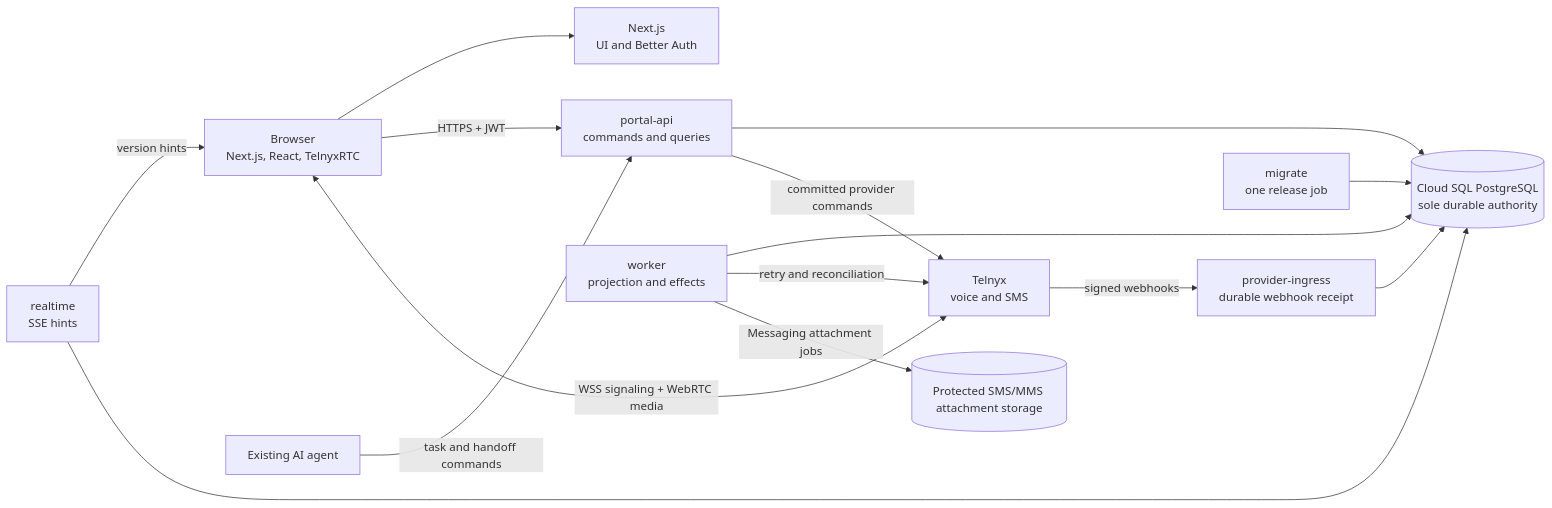
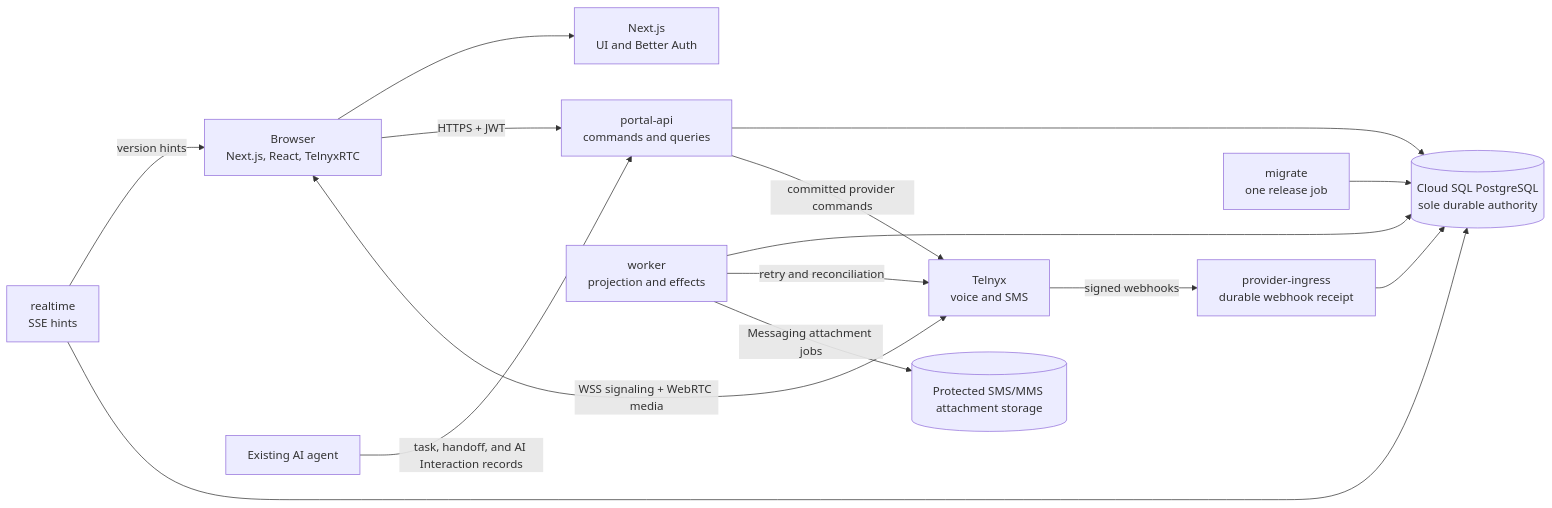
One commit to chasef07/acuity_product changed the first of 8 diagrams in docs/architecture/overview.md. Above: the diagram before and after it, drawn with Mermaid. The commit also changed other lines of this file and 27 other files, not shown here.

````diff
--- a/docs/architecture/overview.md
+++ b/docs/architecture/overview.md
@@ -9,29 +9,29 @@
 ```mermaid
 flowchart LR
     Browser["Browser<br/>Next.js, React, TelnyxRTC"]
     Next["Next.js<br/>UI and Better Auth"]
     API["portal-api<br/>commands and queries"]
     Realtime["realtime<br/>SSE hints"]
     Ingress["provider-ingress<br/>durable webhook receipt"]
     Worker["worker<br/>projection and effects"]
     Migrate["migrate<br/>one release job"]
     AI["Existing AI agent"]
     Telnyx["Telnyx<br/>voice and SMS"]
     DB[("Cloud SQL PostgreSQL<br/>sole durable authority")]
     Objects[("Protected SMS/MMS attachment storage")]
 
     Browser --> Next
     Browser -->|"HTTPS + JWT"| API
     Realtime -->|"version hints"| Browser
     Browser <-->|"WSS signaling + WebRTC media"| Telnyx
-    AI -->|"task and handoff commands"| API
+    AI -->|"task, handoff, and AI Interaction records"| API
     Telnyx -->|"signed webhooks"| Ingress
     API --> DB
     Ingress --> DB
     Worker --> DB
     Realtime --> DB
     Migrate --> DB
     API -->|"committed provider commands"| Telnyx
     Worker -->|"retry and reconciliation"| Telnyx
     Worker -->|"Messaging attachment jobs"| Objects
 ```
````
